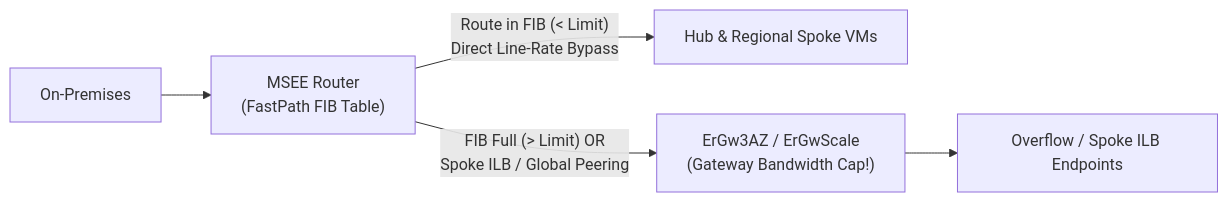
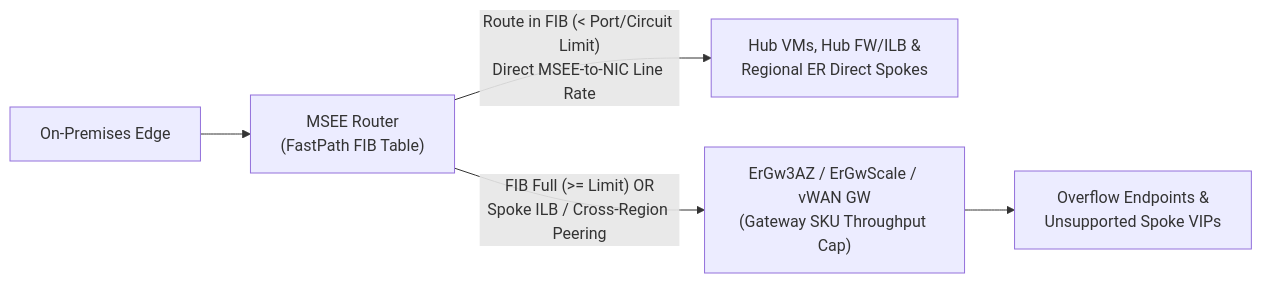
Before and after one commit to jonathan-vella/azure-networking: the diagram in src/content/docs/03-hybrid-connectivity/expressroute-fastpath-and-skus.md, drawn with Mermaid. The commit also changed other lines of this file and 21 other files, not shown here.

Commit message:
docs(hybrid): verify ER gateway SKUs, FastPath, and segregation with official SVGs

````diff
--- a/src/content/docs/03-hybrid-connectivity/expressroute-fastpath-and-skus.md
+++ b/src/content/docs/03-hybrid-connectivity/expressroute-fastpath-and-skus.md
@@ -115,7 +139,7 @@
 ```mermaid
 flowchart LR
-  ONPREM["On-Premises"] --> MSEE["MSEE Router<br/>(FastPath FIB Table)"]
-  MSEE -- "Route in FIB (< Limit)<br/>Direct Line-Rate Bypass" --> VM1["Hub & Regional Spoke VMs"]
-  MSEE -- "FIB Full (> Limit) OR<br/>Spoke ILB / Global Peering" --> ERGW["ErGw3AZ / ErGwScale<br/>(Gateway Bandwidth Cap!)"]
-  ERGW --> VM2["Overflow / Spoke ILB Endpoints"]
+  ONPREM["On-Premises Edge"] --> MSEE["MSEE Router<br/>(FastPath FIB Table)"]
+  MSEE -- "Route in FIB (< Port/Circuit Limit)<br/>Direct MSEE-to-NIC Line Rate" --> VM1["Hub VMs, Hub FW/ILB &<br/>Regional ER Direct Spokes"]
+  MSEE -- "FIB Full (>= Limit) OR<br/>Spoke ILB / Cross-Region Peering" --> ERGW["ErGw3AZ / ErGwScale / vWAN GW<br/>(Gateway SKU Throughput Cap)"]
+  ERGW --> VM2["Overflow Endpoints &<br/>Unsupported Spoke VIPs"]
 ```
````
